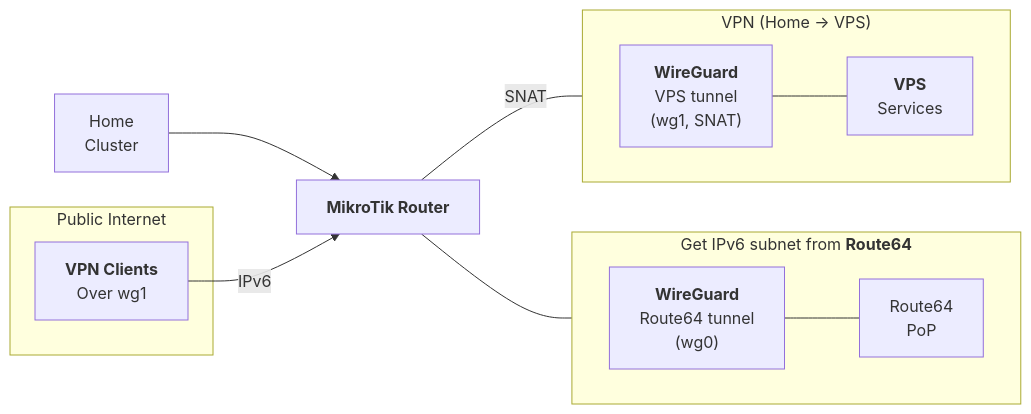
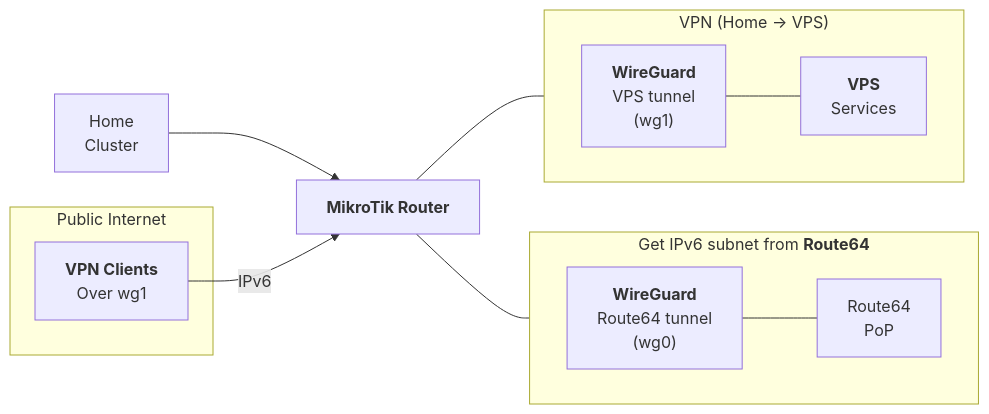
The diagram in README.md (Schwitzd/IaC-HomeRouter), drawn with Mermaid before and after one commit. The commit also changed other lines of this file and 5 other files, not shown here.

````diff
--- a/README.md
+++ b/README.md
@@ -234,31 +238,31 @@
 ```mermaid
 graph LR
     %% Internet side
     subgraph Internet["Public Internet"]
         Client["<b>VPN Clients</b><br/>Over wg1"]
     end
 
     %% Home side
     LAN[Home<br/>Cluster] --> MT["<b>MikroTik Router</b>"]
 
     %% Underlay
     subgraph Underlay["Get IPv6 subnet from <b>Route64<b>"]
         direction LR
         WG_R64["<b>WireGuard</b><br/>Route64 tunnel<br/>(wg0)"]
         R64["Route64<br/>PoP"]
         WG_R64 --- R64
     end
 
     %% Overlay
     subgraph Overlay["VPN (Home → VPS)"]
         direction LR
-        WG_HOME["<b>WireGuard</b><br>VPS tunnel<br/>(wg1, SNAT)"]
+        WG_HOME["<b>WireGuard</b><br>VPS tunnel<br/>(wg1)"]
         VPS["<b>VPS</b><br/>Services"]
         WG_HOME --- VPS
     end
 
     %% Links
     Client -->|IPv6| MT
     MT --- WG_R64
-    MT ---|SNAT| WG_HOME
+    MT --- WG_HOME
 ```
````
